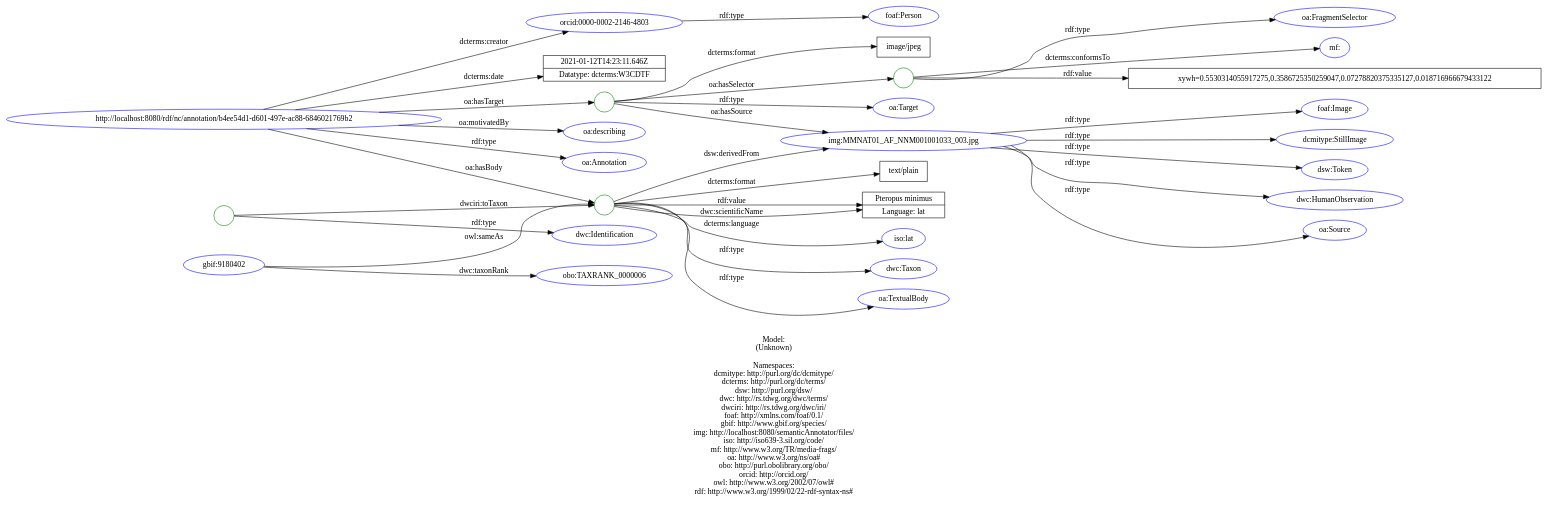
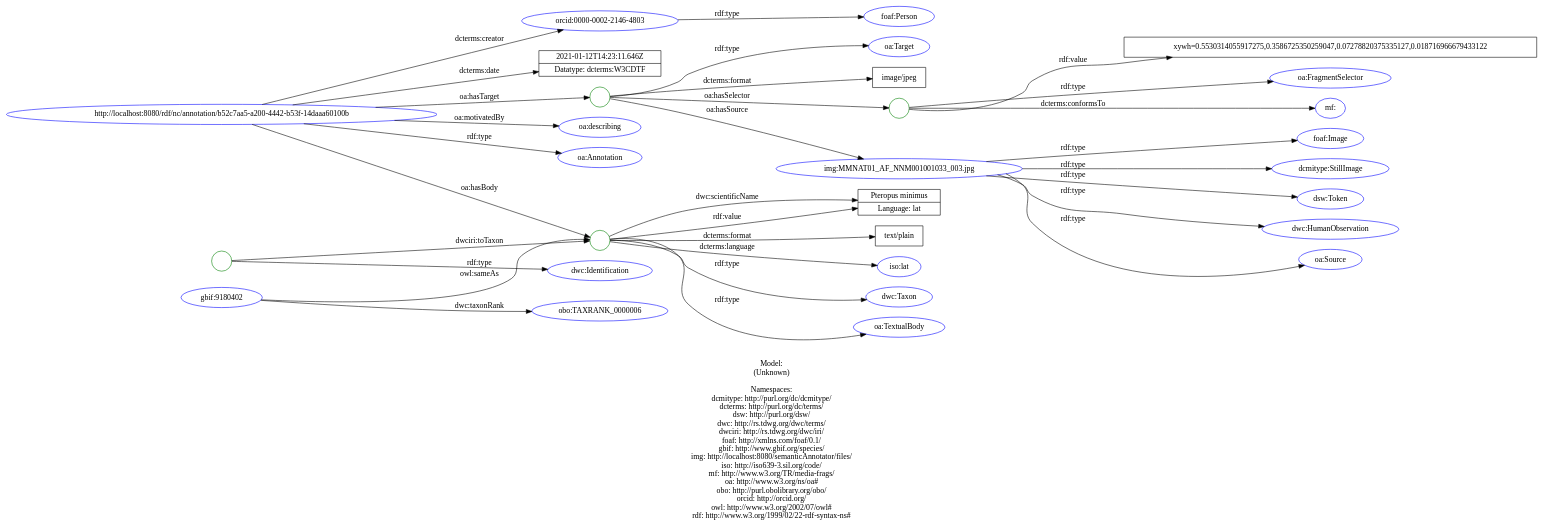
The diagram in doc/models/example_1_1.dot (lisestork/SFB-Annotator), drawn with Graphviz before and after one commit. The commit also changed 4 other files, not shown here.

Commit message:
Update data model: example 1_1 #81. - remove dsw:derivedFrom predicate

```diff
--- a/doc/models/example_1_1.dot
+++ b/doc/models/example_1_1.dot
@@ -1,72 +1,71 @@
 digraph {
 	rankdir = LR;
 	charset="utf-8";
 
-	"Rhttp://localhost:8080/rdf/nc/annotation/b4ee54d1-d601-497e-ac88-6846021769b2" -> "Roa:Annotation" [ label="rdf:type" ];
-	"Rhttp://localhost:8080/rdf/nc/annotation/b4ee54d1-d601-497e-ac88-6846021769b2" -> "Rorcid:0000-0002-2146-4803" [ label="dcterms:creator" ];
-	"Rhttp://localhost:8080/rdf/nc/annotation/b4ee54d1-d601-497e-ac88-6846021769b2" -> "L2021-01-12T14:23:11.646Z|Datatype: dcterms:W3CDTF" [ label="dcterms:date" ];
-	"Rhttp://localhost:8080/rdf/nc/annotation/b4ee54d1-d601-497e-ac88-6846021769b2" -> "B_:node1evfpueffx3" [ label="oa:hasBody" ];
-	"B_:node1evfpueffx3" -> "Rdwc:Taxon" [ label="rdf:type" ];
-	"B_:node1evfpueffx3" -> "Roa:TextualBody" [ label="rdf:type" ];
-	"B_:node1evfpueffx3" -> "Ltext/plain" [ label="dcterms:format" ];
-	"B_:node1evfpueffx3" -> "Riso:lat" [ label="dcterms:language" ];
-	"B_:node1evfpueffx3" -> "Rimg:MMNAT01_AF_NNM001001033_003.jpg" [ label="dsw:derivedFrom" ];
-	"B_:node1evfpueffx3" -> "LPteropus minimus|Language: lat" [ label="dwc:scientificName" ];
-	"B_:node1evfpueffx3" -> "LPteropus minimus|Language: lat" [ label="rdf:value" ];
-	"Rhttp://localhost:8080/rdf/nc/annotation/b4ee54d1-d601-497e-ac88-6846021769b2" -> "B_:node1evfpueffx2" [ label="oa:hasTarget" ];
-	"B_:node1evfpueffx2" -> "Roa:Target" [ label="rdf:type" ];
-	"B_:node1evfpueffx2" -> "Limage/jpeg" [ label="dcterms:format" ];
-	"B_:node1evfpueffx2" -> "B_:node1evfpueffx5" [ label="oa:hasSelector" ];
-	"B_:node1evfpueffx5" -> "Roa:FragmentSelector" [ label="rdf:type" ];
-	"B_:node1evfpueffx5" -> "Rmf:" [ label="dcterms:conformsTo" ];
-	"B_:node1evfpueffx5" -> "Lxywh=0.5530314055917275,0.3586725350259047,0.07278820375335127,0.018716966679433122" [ label="rdf:value" ];
-	"B_:node1evfpueffx2" -> "Rimg:MMNAT01_AF_NNM001001033_003.jpg" [ label="oa:hasSource" ];
-	"Rhttp://localhost:8080/rdf/nc/annotation/b4ee54d1-d601-497e-ac88-6846021769b2" -> "Roa:describing" [ label="oa:motivatedBy" ];
+	"Rhttp://localhost:8080/rdf/nc/annotation/b52c7aa5-a200-4442-b53f-14daaa60100b" -> "Roa:Annotation" [ label="rdf:type" ];
+	"Rhttp://localhost:8080/rdf/nc/annotation/b52c7aa5-a200-4442-b53f-14daaa60100b" -> "Rorcid:0000-0002-2146-4803" [ label="dcterms:creator" ];
+	"Rhttp://localhost:8080/rdf/nc/annotation/b52c7aa5-a200-4442-b53f-14daaa60100b" -> "L2021-01-12T14:23:11.646Z|Datatype: dcterms:W3CDTF" [ label="dcterms:date" ];
+	"Rhttp://localhost:8080/rdf/nc/annotation/b52c7aa5-a200-4442-b53f-14daaa60100b" -> "B_:node1evgqka3hx9" [ label="oa:hasBody" ];
+	"B_:node1evgqka3hx9" -> "Rdwc:Taxon" [ label="rdf:type" ];
+	"B_:node1evgqka3hx9" -> "Roa:TextualBody" [ label="rdf:type" ];
+	"B_:node1evgqka3hx9" -> "Ltext/plain" [ label="dcterms:format" ];
+	"B_:node1evgqka3hx9" -> "Riso:lat" [ label="dcterms:language" ];
+	"B_:node1evgqka3hx9" -> "LPteropus minimus|Language: lat" [ label="dwc:scientificName" ];
+	"B_:node1evgqka3hx9" -> "LPteropus minimus|Language: lat" [ label="rdf:value" ];
+	"Rhttp://localhost:8080/rdf/nc/annotation/b52c7aa5-a200-4442-b53f-14daaa60100b" -> "B_:node1evgqka3hx8" [ label="oa:hasTarget" ];
+	"B_:node1evgqka3hx8" -> "Roa:Target" [ label="rdf:type" ];
+	"B_:node1evgqka3hx8" -> "Limage/jpeg" [ label="dcterms:format" ];
+	"B_:node1evgqka3hx8" -> "B_:node1evgqka3hx11" [ label="oa:hasSelector" ];
+	"B_:node1evgqka3hx11" -> "Roa:FragmentSelector" [ label="rdf:type" ];
+	"B_:node1evgqka3hx11" -> "Rmf:" [ label="dcterms:conformsTo" ];
+	"B_:node1evgqka3hx11" -> "Lxywh=0.5530314055917275,0.3586725350259047,0.07278820375335127,0.018716966679433122" [ label="rdf:value" ];
+	"B_:node1evgqka3hx8" -> "Rimg:MMNAT01_AF_NNM001001033_003.jpg" [ label="oa:hasSource" ];
+	"Rhttp://localhost:8080/rdf/nc/annotation/b52c7aa5-a200-4442-b53f-14daaa60100b" -> "Roa:describing" [ label="oa:motivatedBy" ];
 	"Rorcid:0000-0002-2146-4803" -> "Rfoaf:Person" [ label="rdf:type" ];
 	"Rimg:MMNAT01_AF_NNM001001033_003.jpg" -> "Rdcmitype:StillImage" [ label="rdf:type" ];
 	"Rimg:MMNAT01_AF_NNM001001033_003.jpg" -> "Rdsw:Token" [ label="rdf:type" ];
 	"Rimg:MMNAT01_AF_NNM001001033_003.jpg" -> "Rdwc:HumanObservation" [ label="rdf:type" ];
 	"Rimg:MMNAT01_AF_NNM001001033_003.jpg" -> "Roa:Source" [ label="rdf:type" ];
 	"Rimg:MMNAT01_AF_NNM001001033_003.jpg" -> "Rfoaf:Image" [ label="rdf:type" ];
 	"Rgbif:9180402" -> "Robo:TAXRANK_0000006" [ label="dwc:taxonRank" ];
-	"Rgbif:9180402" -> "B_:node1evfpueffx3" [ label="owl:sameAs" ];
-	"B_:node1evfpueffx1" -> "Rdwc:Identification" [ label="rdf:type" ];
-	"B_:node1evfpueffx1" -> "B_:node1evfpueffx3" [ label="dwciri:toTaxon" ];
+	"Rgbif:9180402" -> "B_:node1evgqka3hx9" [ label="owl:sameAs" ];
+	"B_:node1evgqka3hx7" -> "Rdwc:Identification" [ label="rdf:type" ];
+	"B_:node1evgqka3hx7" -> "B_:node1evgqka3hx9" [ label="dwciri:toTaxon" ];
 
 	// Resources
-	"Rhttp://localhost:8080/rdf/nc/annotation/b4ee54d1-d601-497e-ac88-6846021769b2" [ label="http://localhost:8080/rdf/nc/annotation/b4ee54d1-d601-497e-ac88-6846021769b2", shape = ellipse, color = blue ];
+	"Rhttp://localhost:8080/rdf/nc/annotation/b52c7aa5-a200-4442-b53f-14daaa60100b" [ label="http://localhost:8080/rdf/nc/annotation/b52c7aa5-a200-4442-b53f-14daaa60100b", shape = ellipse, color = blue ];
 	"Roa:Annotation" [ label="oa:Annotation", shape = ellipse, color = blue ];
 	"Rorcid:0000-0002-2146-4803" [ label="orcid:0000-0002-2146-4803", shape = ellipse, color = blue ];
 	"Rdwc:Taxon" [ label="dwc:Taxon", shape = ellipse, color = blue ];
 	"Roa:TextualBody" [ label="oa:TextualBody", shape = ellipse, color = blue ];
 	"Riso:lat" [ label="iso:lat", shape = ellipse, color = blue ];
-	"Rimg:MMNAT01_AF_NNM001001033_003.jpg" [ label="img:MMNAT01_AF_NNM001001033_003.jpg", shape = ellipse, color = blue ];
 	"Roa:Target" [ label="oa:Target", shape = ellipse, color = blue ];
 	"Roa:FragmentSelector" [ label="oa:FragmentSelector", shape = ellipse, color = blue ];
 	"Rmf:" [ label="mf:", shape = ellipse, color = blue ];
+	"Rimg:MMNAT01_AF_NNM001001033_003.jpg" [ label="img:MMNAT01_AF_NNM001001033_003.jpg", shape = ellipse, color = blue ];
 	"Roa:describing" [ label="oa:describing", shape = ellipse, color = blue ];
 	"Rfoaf:Person" [ label="foaf:Person", shape = ellipse, color = blue ];
 	"Rdcmitype:StillImage" [ label="dcmitype:StillImage", shape = ellipse, color = blue ];
 	"Rdsw:Token" [ label="dsw:Token", shape = ellipse, color = blue ];
 	"Rdwc:HumanObservation" [ label="dwc:HumanObservation", shape = ellipse, color = blue ];
 	"Roa:Source" [ label="oa:Source", shape = ellipse, color = blue ];
 	"Rfoaf:Image" [ label="foaf:Image", shape = ellipse, color = blue ];
 	"Rgbif:9180402" [ label="gbif:9180402", shape = ellipse, color = blue ];
 	"Robo:TAXRANK_0000006" [ label="obo:TAXRANK_0000006", shape = ellipse, color = blue ];
 	"Rdwc:Identification" [ label="dwc:Identification", shape = ellipse, color = blue ];
 
 	// Anonymous nodes
-	"B_:node1evfpueffx3" [ label="", shape = circle, color = green ];
-	"B_:node1evfpueffx2" [ label="", shape = circle, color = green ];
-	"B_:node1evfpueffx5" [ label="", shape = circle, color = green ];
-	"B_:node1evfpueffx1" [ label="", shape = circle, color = green ];
+	"B_:node1evgqka3hx9" [ label="", shape = circle, color = green ];
+	"B_:node1evgqka3hx8" [ label="", shape = circle, color = green ];
+	"B_:node1evgqka3hx11" [ label="", shape = circle, color = green ];
+	"B_:node1evgqka3hx7" [ label="", shape = circle, color = green ];
 
 	// Literals
 	"L2021-01-12T14:23:11.646Z|Datatype: dcterms:W3CDTF" [ label="2021-01-12T14:23:11.646Z|Datatype: dcterms:W3CDTF", shape = record ];
 	"Ltext/plain" [ label="text/plain", shape = record ];
 	"LPteropus minimus|Language: lat" [ label="Pteropus minimus|Language: lat", shape = record ];
 	"Limage/jpeg" [ label="image/jpeg", shape = record ];
 	"Lxywh=0.5530314055917275,0.3586725350259047,0.07278820375335127,0.018716966679433122" [ label="xywh=0.5530314055917275,0.3586725350259047,0.07278820375335127,0.018716966679433122", shape = record ];
 
 	label="\n\nModel:\n(Unknown)\n\nNamespaces:\ndcmitype: http://purl.org/dc/dcmitype/\ndcterms: http://purl.org/dc/terms/\ndsw: http://purl.org/dsw/\ndwc: http://rs.tdwg.org/dwc/terms/\ndwciri: http://rs.tdwg.org/dwc/iri/\nfoaf: http://xmlns.com/foaf/0.1/\ngbif: http://www.gbif.org/species/\nimg: http://localhost:8080/semanticAnnotator/files/\niso: http://iso639-3.sil.org/code/\nmf: http://www.w3.org/TR/media-frags/\noa: http://www.w3.org/ns/oa#\nobo: http://purl.obolibrary.org/obo/\norcid: http://orcid.org/\nowl: http://www.w3.org/2002/07/owl#\nrdf: http://www.w3.org/1999/02/22-rdf-syntax-ns#\n";
 }
```
